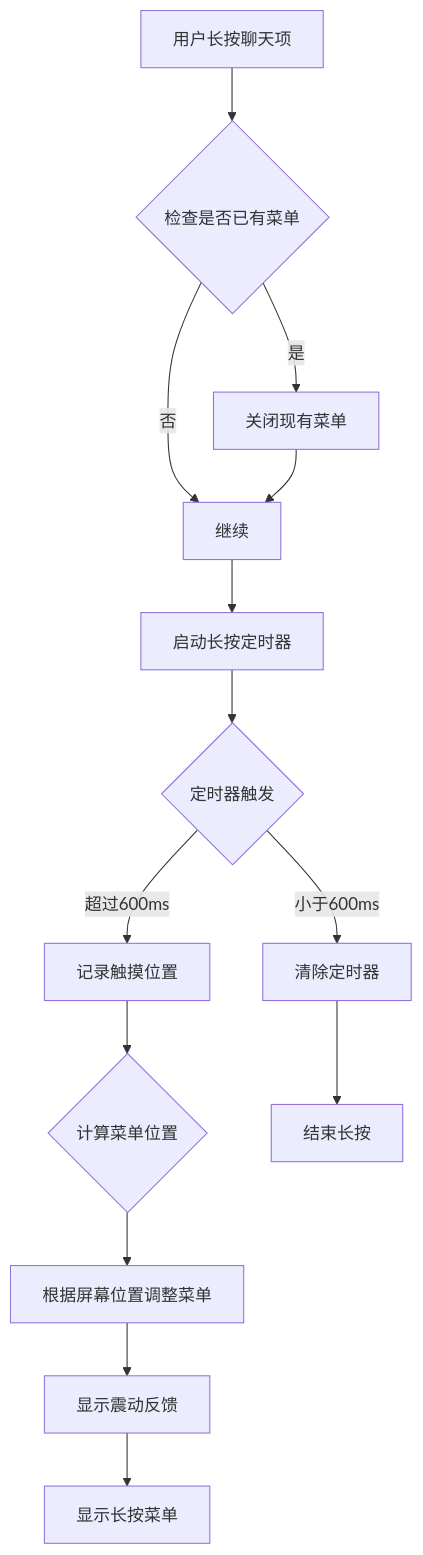
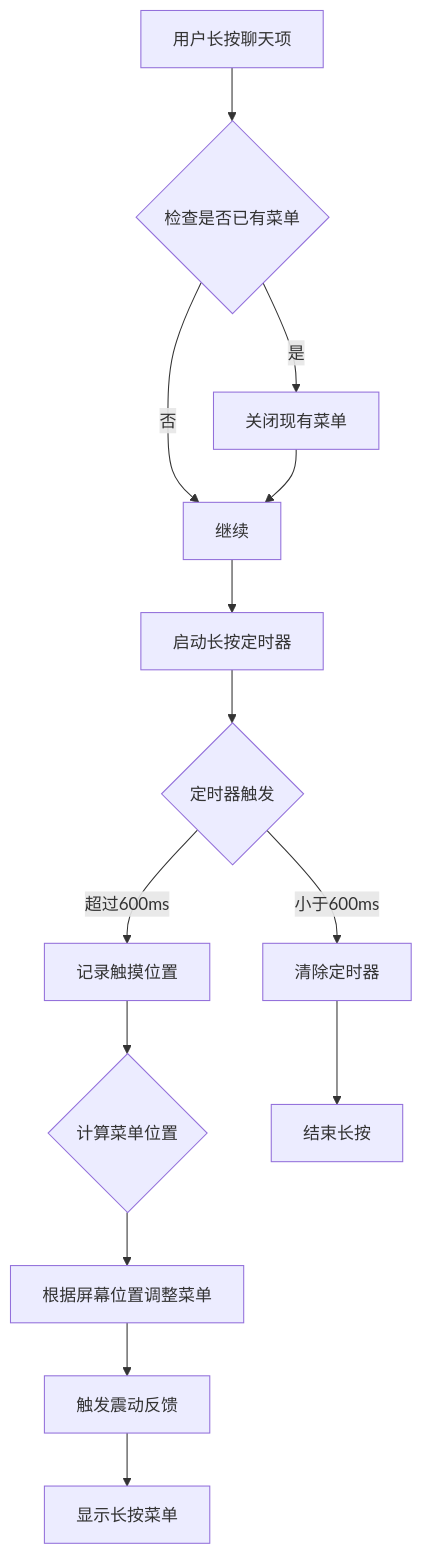
The seventh of 15 diagrams in .qoder/repowiki/zh/content/核心系统/聊天系统.md (giserman001/vue3-vant4-mobile), drawn with Mermaid before and after one commit. The commit also changed other lines of this file and 3 other files, not shown here.

````diff
--- a/.qoder/repowiki/zh/content/核心系统/聊天系统.md
+++ b/.qoder/repowiki/zh/content/核心系统/聊天系统.md
@@ -332,16 +364,16 @@
 ```mermaid
 flowchart TD
 A[用户长按聊天项] --> B{检查是否已有菜单}
 B --> |是| C[关闭现有菜单]
 B --> |否| D[继续]
 C --> D
 D --> E[启动长按定时器]
 E --> F{定时器触发}
 F --> |超过600ms| G[记录触摸位置]
 F --> |小于600ms| H[清除定时器]
 G --> I{计算菜单位置}
 I --> J[根据屏幕位置调整菜单]
-J --> K[显示震动反馈]
+J --> K[触发震动反馈]
 K --> L[显示长按菜单]
 H --> M[结束长按]
 ```
````
